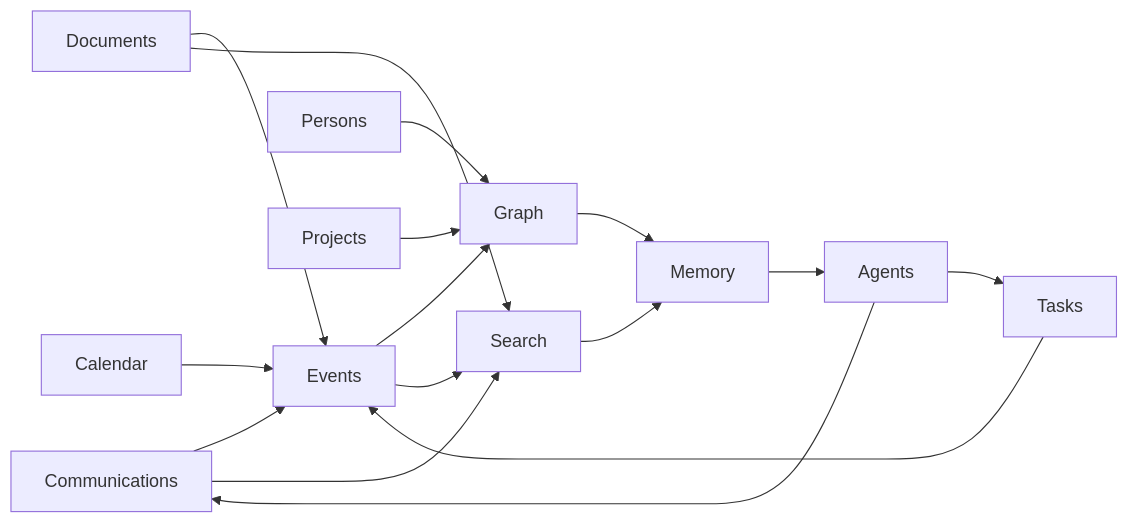
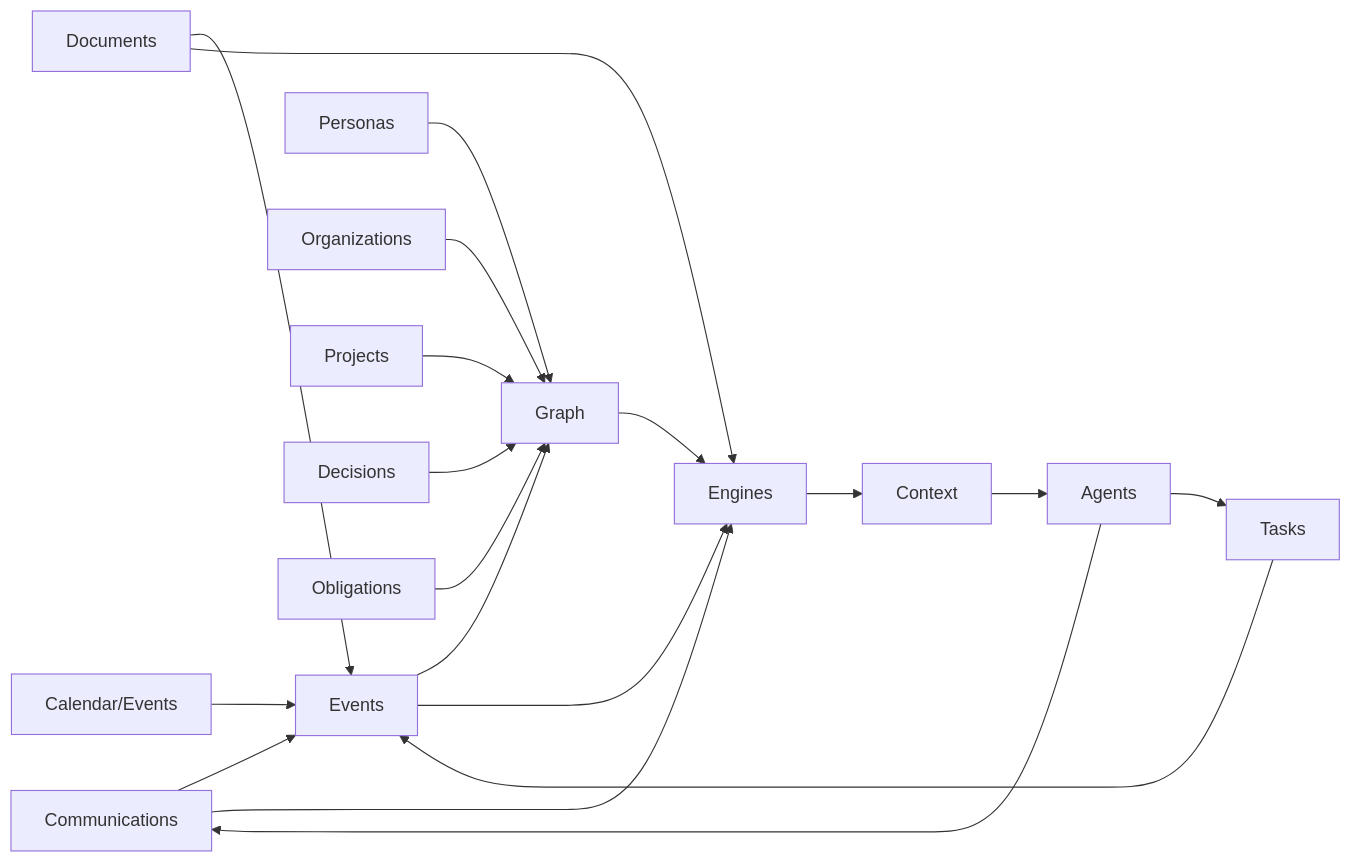
Before and after one commit to Mesteriis/hermes-os: the diagram in docs/architecture/domain-map.md, drawn with Mermaid. The commit also changed other lines of this file and 110 other files, not shown here.

````diff
--- a/docs/architecture/domain-map.md
+++ b/docs/architecture/domain-map.md
@@ -5,18 +8,21 @@
 ```mermaid
 flowchart LR
     Communications --> Events
     Documents --> Events
-    Calendar --> Events
+    Calendar["Calendar/Events"] --> Events
     Tasks --> Events
-    Persons --> Graph
+    Personas --> Graph
+    Organizations --> Graph
     Projects --> Graph
+    Decisions --> Graph
+    Obligations --> Graph
     Events --> Graph
-    Events --> Search
-    Documents --> Search
-    Communications --> Search
-    Graph --> Memory
-    Search --> Memory
-    Memory --> Agents
+    Events --> Engines
+    Graph --> Engines
+    Documents --> Engines
+    Communications --> Engines
+    Engines --> Context
+    Context --> Agents
+    Agents --> Communications
     Agents --> Tasks
-    Agents --> Communications
 ```
````
